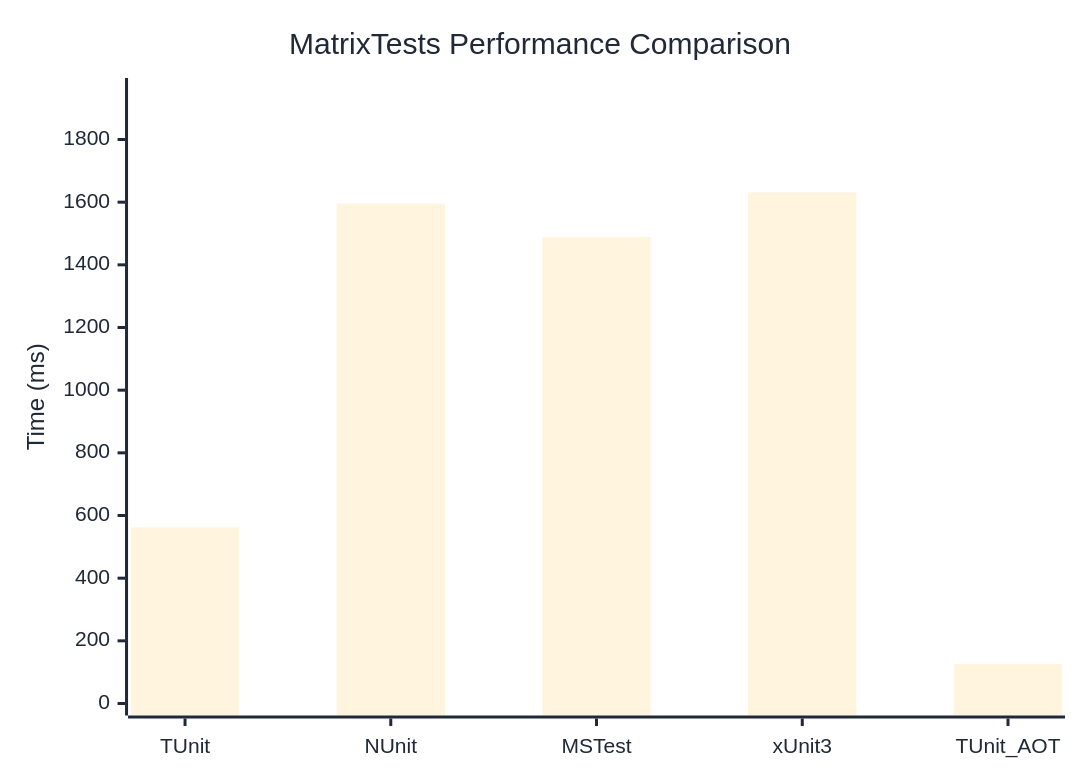
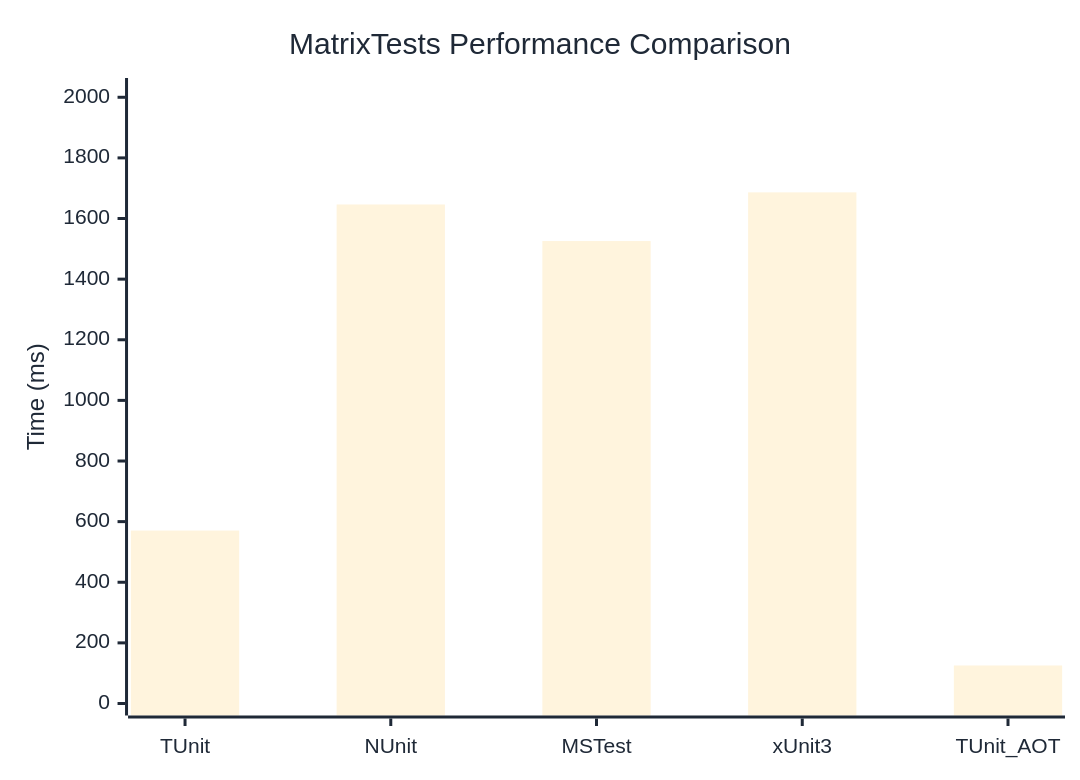
Before and after one commit to thomhurst/TUnit: the diagram in docs/docs/benchmarks/MatrixTests.md, drawn with Mermaid. The commit also changed other lines of this file and 17 other files, not shown here.

````diff
--- a/docs/docs/benchmarks/MatrixTests.md
+++ b/docs/docs/benchmarks/MatrixTests.md
@@ -27,37 +27,37 @@
 ```mermaid
 %%{init: {
   'theme':'base',
   'themeVariables': {
     'primaryColor': '#2563eb',
     'primaryTextColor': '#1f2937',
     'primaryBorderColor': '#1e40af',
     'lineColor': '#6b7280',
     'secondaryColor': '#7c3aed',
     'tertiaryColor': '#dc2626',
     'background': '#ffffff',
     'mainBkg': '#2563eb',
     'secondBkg': '#7c3aed',
     'tertiaryBkg': '#dc2626',
     'clusterBkg': '#f3f4f6',
     'edgeLabelBackground': '#ffffff',
     'tertiaryTextColor': '#1f2937',
     'pie1': '#2563eb',
     'pie2': '#7c3aed',
     'pie3': '#dc2626',
     'pie4': '#f59e0b',
     'pie5': '#10b981',
     'pie6': '#06b6d4',
     'pie7': '#ec4899',
     'pie8': '#6366f1',
     'pie9': '#84cc16',
     'pie10': '#f97316',
     'pie11': '#14b8a6',
     'pie12': '#a855f7'
   }
 }}%%
 xychart-beta
   title "MatrixTests Performance Comparison"
   x-axis ["TUnit", "NUnit", "MSTest", "xUnit3", "TUnit_AOT"]
-  y-axis "Time (ms)" 0 --> 1958
-  bar [562.3, 1595.3, 1489.1, 1630.9, 126.3]
+  y-axis "Time (ms)" 0 --> 2024
+  bar [570.5, 1646.3, 1525.7, 1686.3, 125.4]
 ```
````
